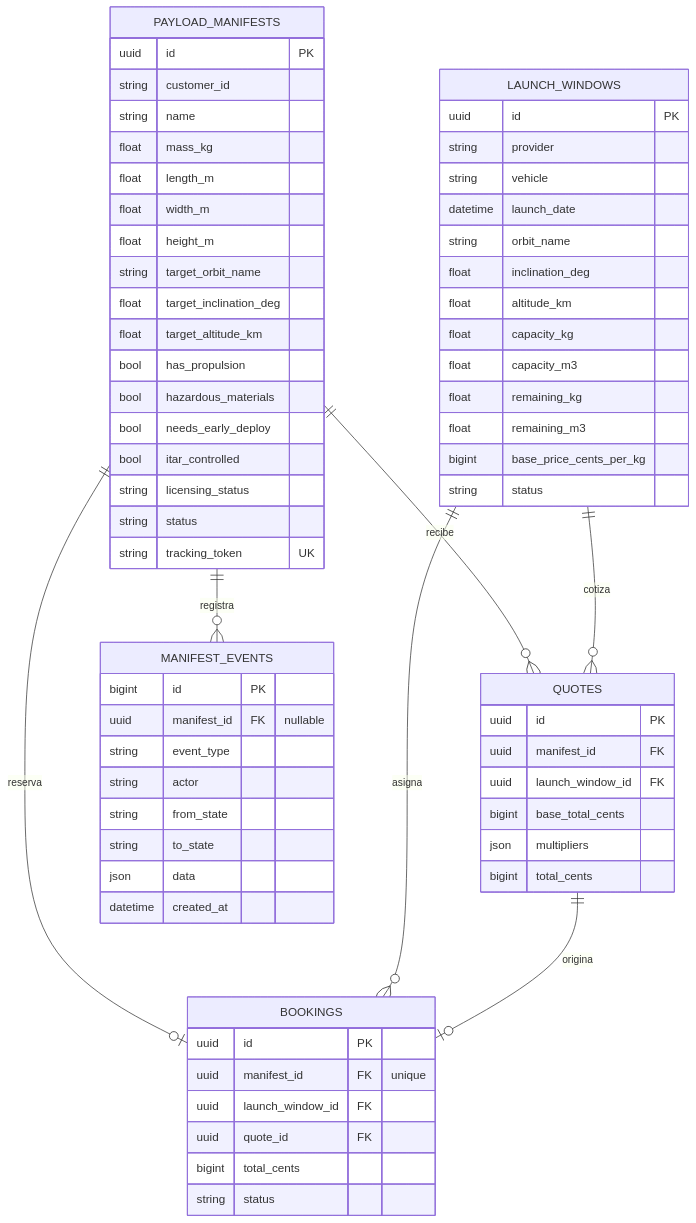
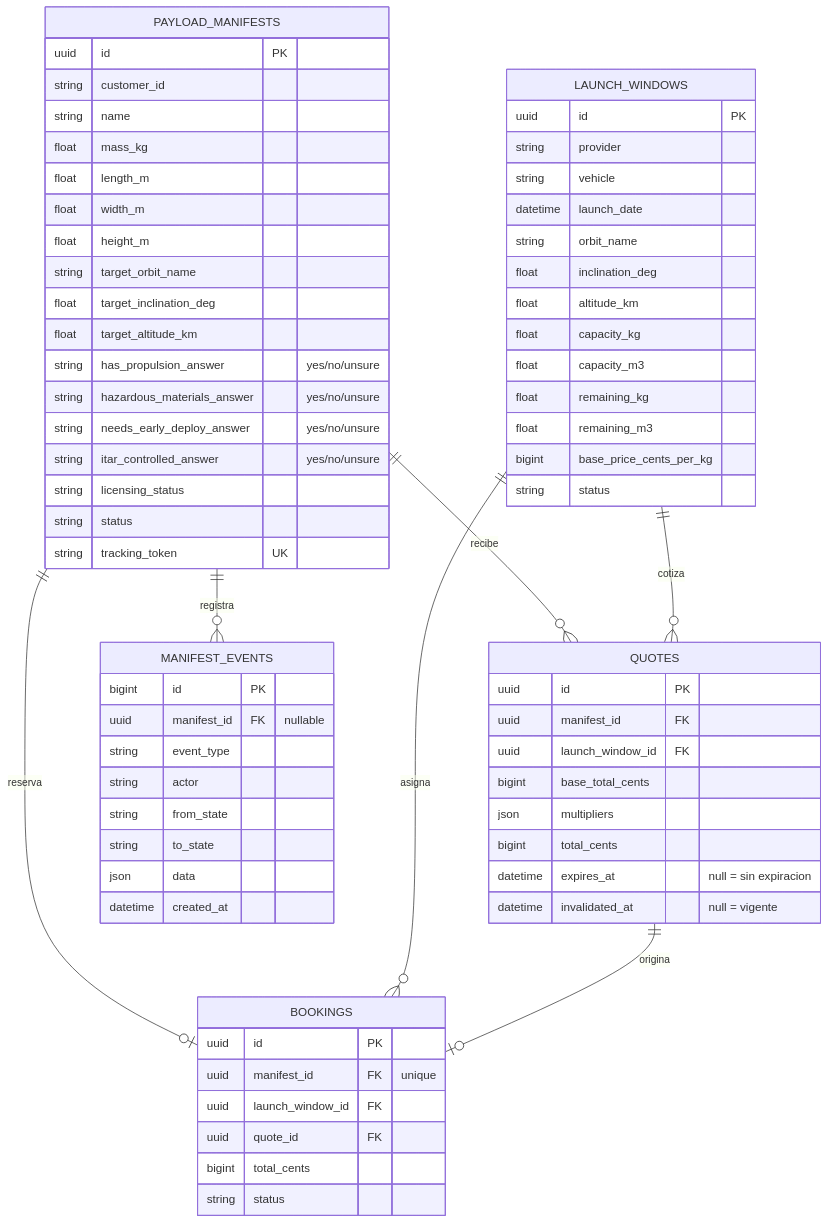
Before and after one commit to EstebanRecinos/hello-world: the first of 2 diagrams in README.md, drawn with Mermaid.

Commit message:
Update ER diagram for tri-state answers and quote expiry columns
Claude-Session: https://claude.ai/code/session_01QL3DvfoWnvUXkEAckTp786

````diff
--- a/README.md
+++ b/README.md
@@ -46,70 +46,72 @@
 ```mermaid
 erDiagram
     LAUNCH_WINDOWS {
         uuid id PK
         string provider
         string vehicle
         datetime launch_date
         string orbit_name
         float inclination_deg
         float altitude_km
         float capacity_kg
         float capacity_m3
         float remaining_kg
         float remaining_m3
         bigint base_price_cents_per_kg
         string status
     }
     PAYLOAD_MANIFESTS {
         uuid id PK
         string customer_id
         string name
         float mass_kg
         float length_m
         float width_m
         float height_m
         string target_orbit_name
         float target_inclination_deg
         float target_altitude_km
-        bool has_propulsion
-        bool hazardous_materials
-        bool needs_early_deploy
-        bool itar_controlled
+        string has_propulsion_answer "yes/no/unsure"
+        string hazardous_materials_answer "yes/no/unsure"
+        string needs_early_deploy_answer "yes/no/unsure"
+        string itar_controlled_answer "yes/no/unsure"
         string licensing_status
         string status
         string tracking_token UK
     }
     QUOTES {
         uuid id PK
         uuid manifest_id FK
         uuid launch_window_id FK
         bigint base_total_cents
         json multipliers
         bigint total_cents
+        datetime expires_at "null = sin expiracion"
+        datetime invalidated_at "null = vigente"
     }
     BOOKINGS {
         uuid id PK
         uuid manifest_id FK "unique"
         uuid launch_window_id FK
         uuid quote_id FK
         bigint total_cents
         string status
     }
     MANIFEST_EVENTS {
         bigint id PK
         uuid manifest_id FK "nullable"
         string event_type
         string actor
         string from_state
         string to_state
         json data
         datetime created_at
     }
 
     PAYLOAD_MANIFESTS ||--o{ QUOTES : "recibe"
     LAUNCH_WINDOWS ||--o{ QUOTES : "cotiza"
     PAYLOAD_MANIFESTS ||--o| BOOKINGS : "reserva"
     LAUNCH_WINDOWS ||--o{ BOOKINGS : "asigna"
     QUOTES ||--o| BOOKINGS : "origina"
     PAYLOAD_MANIFESTS ||--o{ MANIFEST_EVENTS : "registra"
 ```
````
